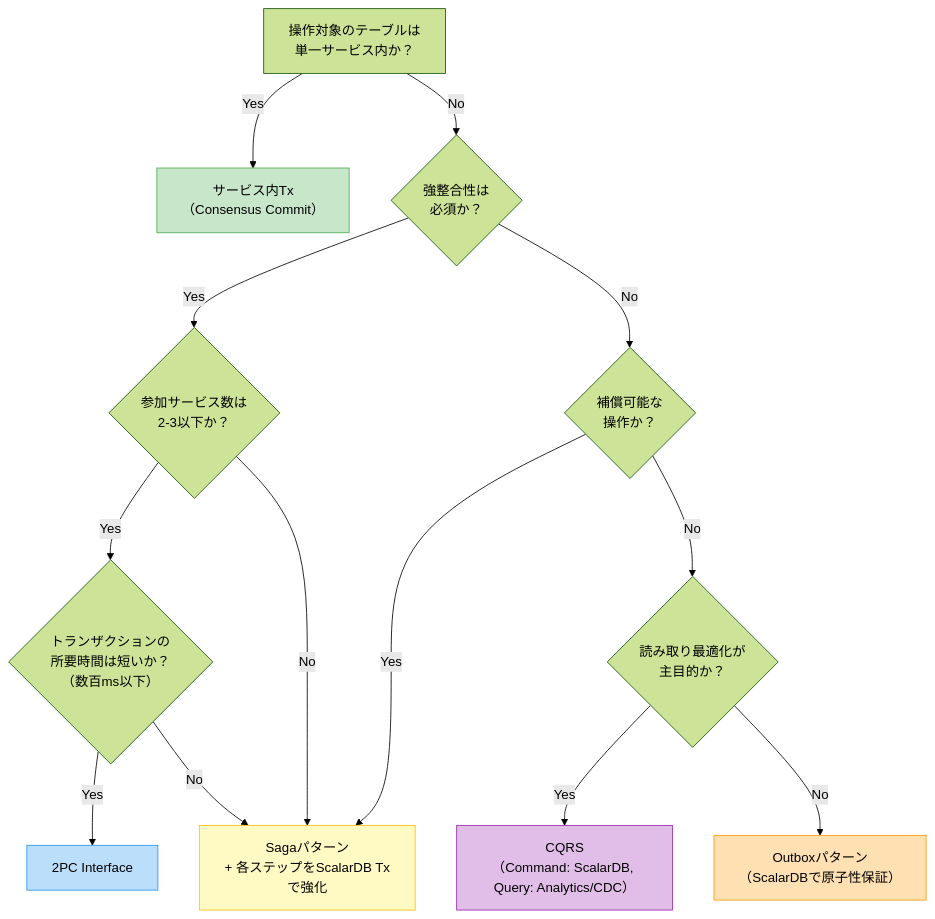
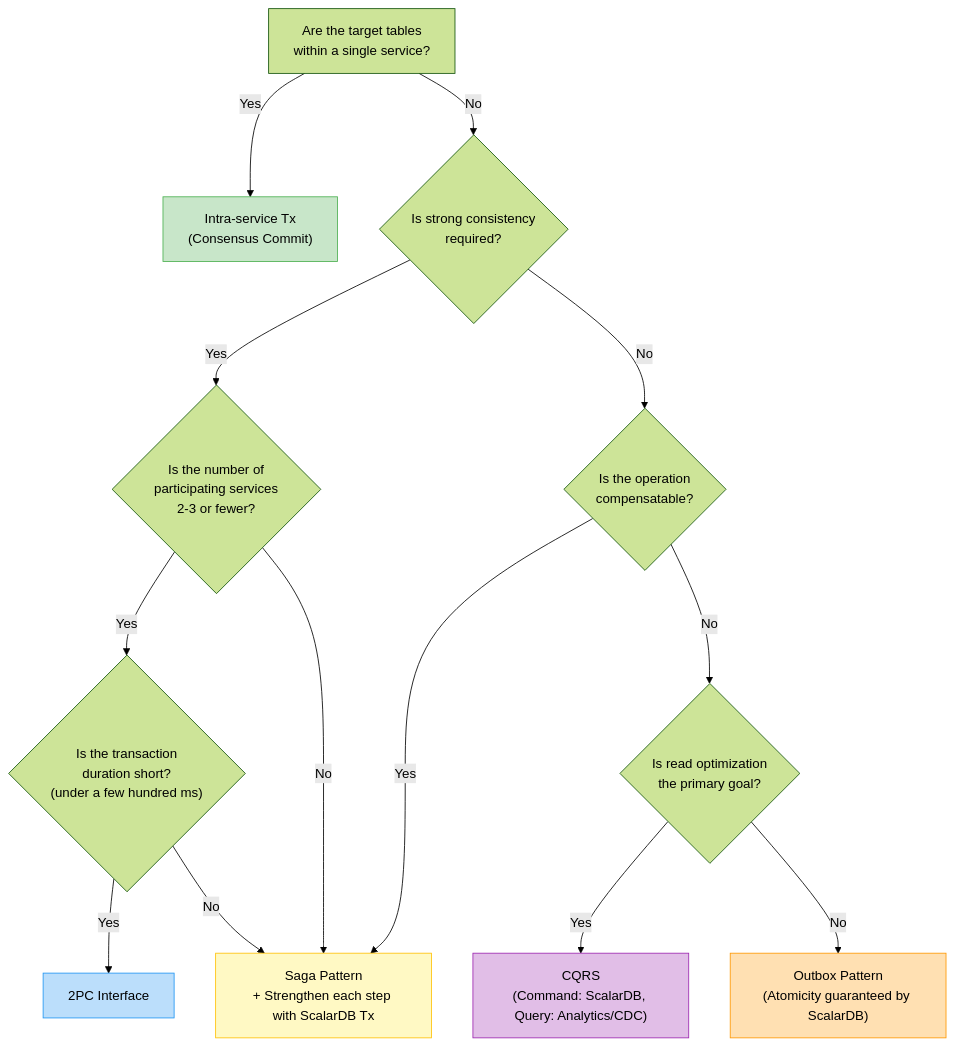
One commit to wfukatsu/nexus-architect changed the first of 5 diagrams in workflow/greenfield/05_transaction_design.md. Above: the diagram before and after it, drawn with Mermaid (forest theme). The commit also changed other lines of this file, not shown here.

Commit message:
docs: Translate step 05 (transaction design) to English

````diff
--- a/workflow/greenfield/05_transaction_design.md
+++ b/workflow/greenfield/05_transaction_design.md
@@ -62,21 +62,21 @@
 ```mermaid
 flowchart TD
-    A["操作対象のテーブルは\n単一サービス内か？"] -->|"Yes"| B["サービス内Tx\n（Consensus Commit）"]
-    A -->|"No"| C{"強整合性は\n必須か？"}
-    C -->|"Yes"| D{"参加サービス数は\n2-3以下か？"}
-    C -->|"No"| E{"補償可能な\n操作か？"}
-    D -->|"Yes"| F{"トランザクションの\n所要時間は短いか？\n（数百ms以下）"}
-    D -->|"No"| G["Sagaパターン\n+ 各ステップをScalarDB Txで強化"]
+    A["Are the target tables\nwithin a single service?"] -->|"Yes"| B["Intra-service Tx\n(Consensus Commit)"]
+    A -->|"No"| C{"Is strong consistency\nrequired?"}
+    C -->|"Yes"| D{"Is the number of\nparticipating services\n2-3 or fewer?"}
+    C -->|"No"| E{"Is the operation\ncompensatable?"}
+    D -->|"Yes"| F{"Is the transaction\nduration short?\n(under a few hundred ms)"}
+    D -->|"No"| G["Saga Pattern\n+ Strengthen each step with ScalarDB Tx"]
     F -->|"Yes"| H["2PC Interface"]
     F -->|"No"| G
     E -->|"Yes"| G
-    E -->|"No"| I{"読み取り最適化が\n主目的か？"}
-    I -->|"Yes"| J["CQRS\n（Command: ScalarDB, Query: Analytics/CDC）"]
-    I -->|"No"| K["Outboxパターン\n（ScalarDBで原子性保証）"]
+    E -->|"No"| I{"Is read optimization\nthe primary goal?"}
+    I -->|"Yes"| J["CQRS\n(Command: ScalarDB, Query: Analytics/CDC)"]
+    I -->|"No"| K["Outbox Pattern\n(Atomicity guaranteed by ScalarDB)"]
 
     style B fill:#c8e6c9,stroke:#4caf50
     style H fill:#bbdefb,stroke:#2196f3
     style G fill:#fff9c4,stroke:#ffc107
     style J fill:#e1bee7,stroke:#9c27b0
     style K fill:#ffe0b2,stroke:#ff9800
 ```
````
